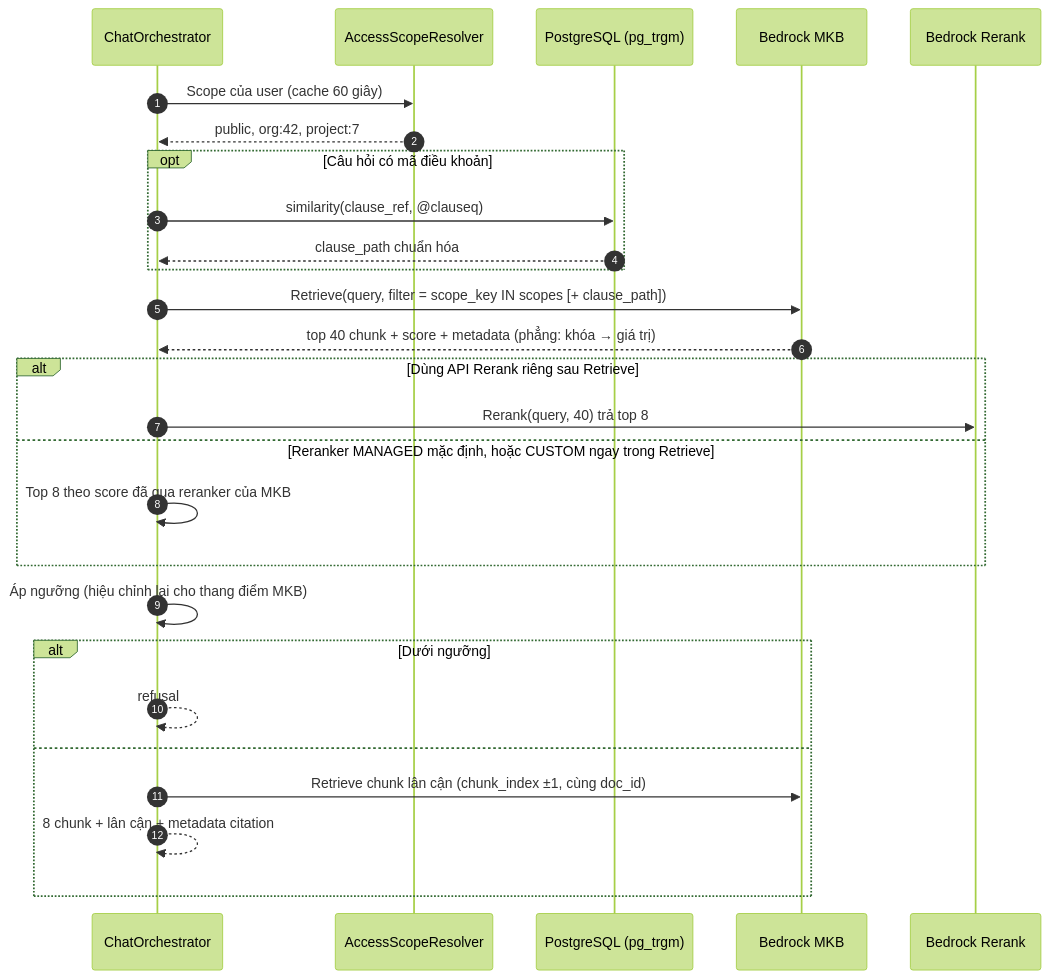
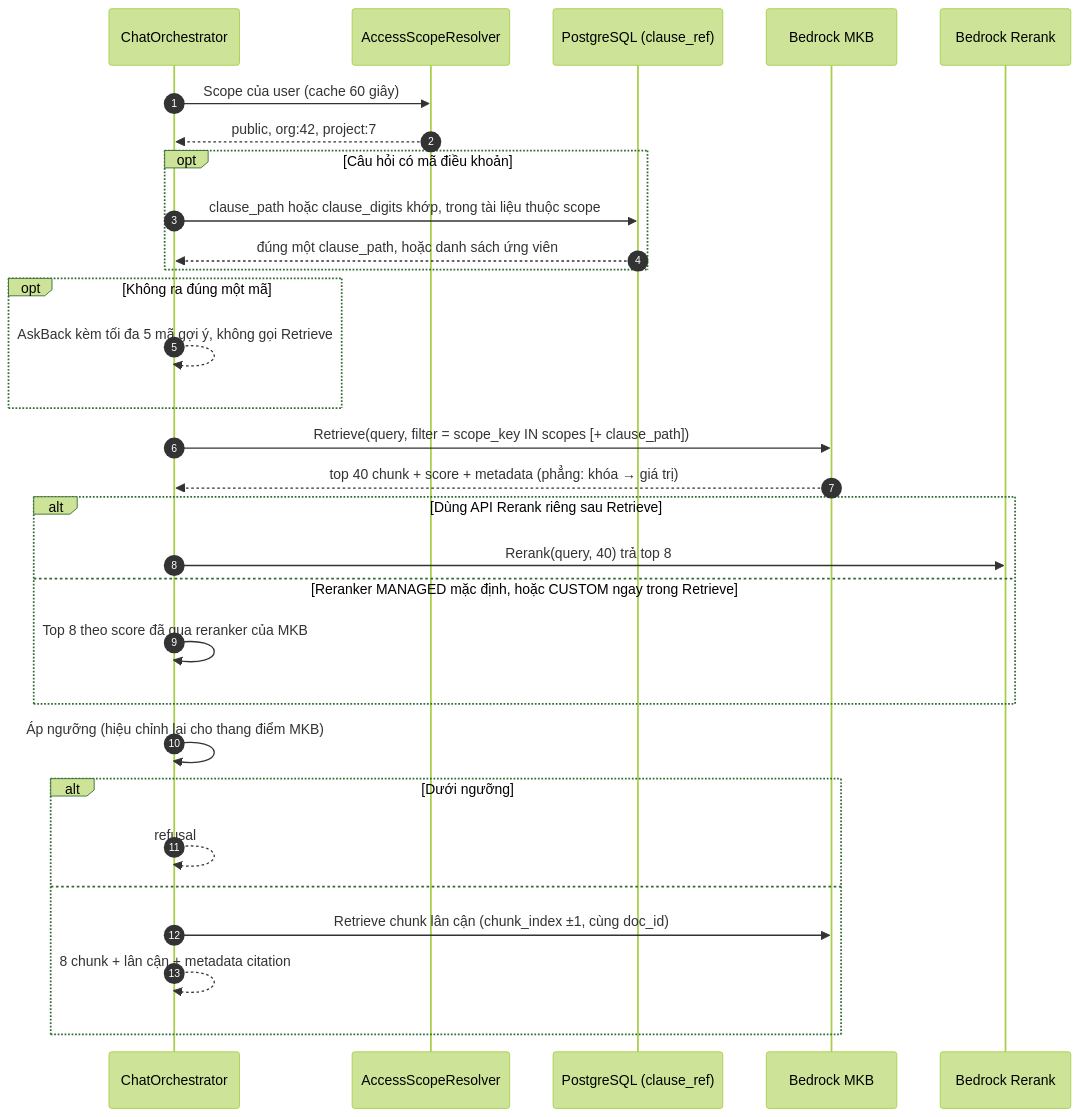
The seventh of 15 diagrams in ship/01-kien-truc.md (vdloc/vfstructures-ai-solution), drawn with Mermaid (forest theme) before and after one commit. The commit also changed other lines of this file and 54 other files, not shown here.

First line of the commit message:
docs: sync flow page and ship set with AD-28/AD-29, add citations

````diff
--- a/ship/01-kien-truc.md
+++ b/ship/01-kien-truc.md
@@ -474,29 +475,32 @@
 ```mermaid
 sequenceDiagram
  autonumber
  participant O as ChatOrchestrator
  participant S as AccessScopeResolver
- participant PG as PostgreSQL (pg_trgm)
+ participant PG as PostgreSQL (clause_ref)
  participant KB as Bedrock MKB
  participant R as Bedrock Rerank
  O->>S: Scope của user (cache 60 giây)
  S-->>O: public, org:42, project:7
  opt Câu hỏi có mã điều khoản
- O->>PG: similarity(clause_ref, @clauseq)
- PG-->>O: clause_path chuẩn hóa
+ O->>PG: clause_path hoặc clause_digits khớp, trong tài liệu thuộc scope
+ PG-->>O: đúng một clause_path, hoặc danh sách ứng viên
+ end
+ opt Không ra đúng một mã
+ O-->>O: AskBack kèm tối đa 5 mã gợi ý, không gọi Retrieve
  end
  O->>KB: Retrieve(query, filter = scope_key IN scopes [+ clause_path])
  KB-->>O: top 40 chunk + score + metadata (phẳng: khóa → giá trị)
  alt Dùng API Rerank riêng sau Retrieve
  O->>R: Rerank(query, 40) trả top 8
  else Reranker MANAGED mặc định, hoặc CUSTOM ngay trong Retrieve
  O->>O: Top 8 theo score đã qua reranker của MKB
  end
  O->>O: Áp ngưỡng (hiệu chỉnh lại cho thang điểm MKB)
  alt Dưới ngưỡng
  O-->>O: refusal
  else
  O->>KB: Retrieve chunk lân cận (chunk_index ±1, cùng doc_id)
  O-->>O: 8 chunk + lân cận + metadata citation
  end
 ```
````
